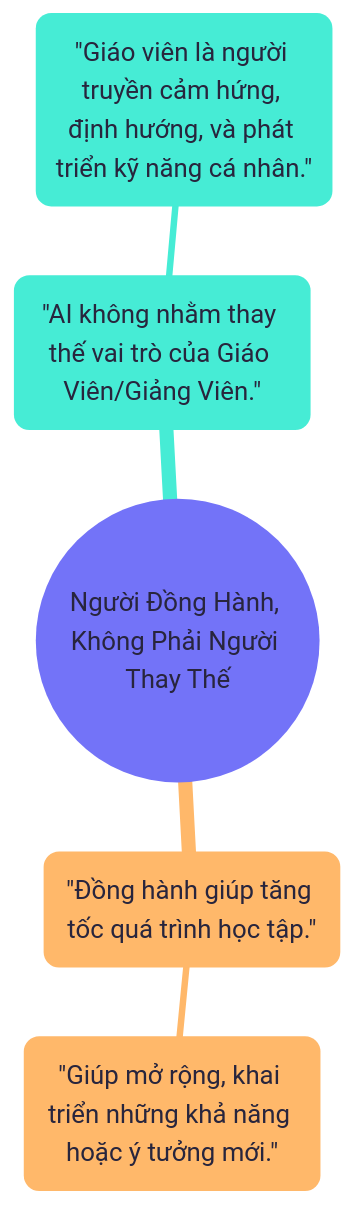
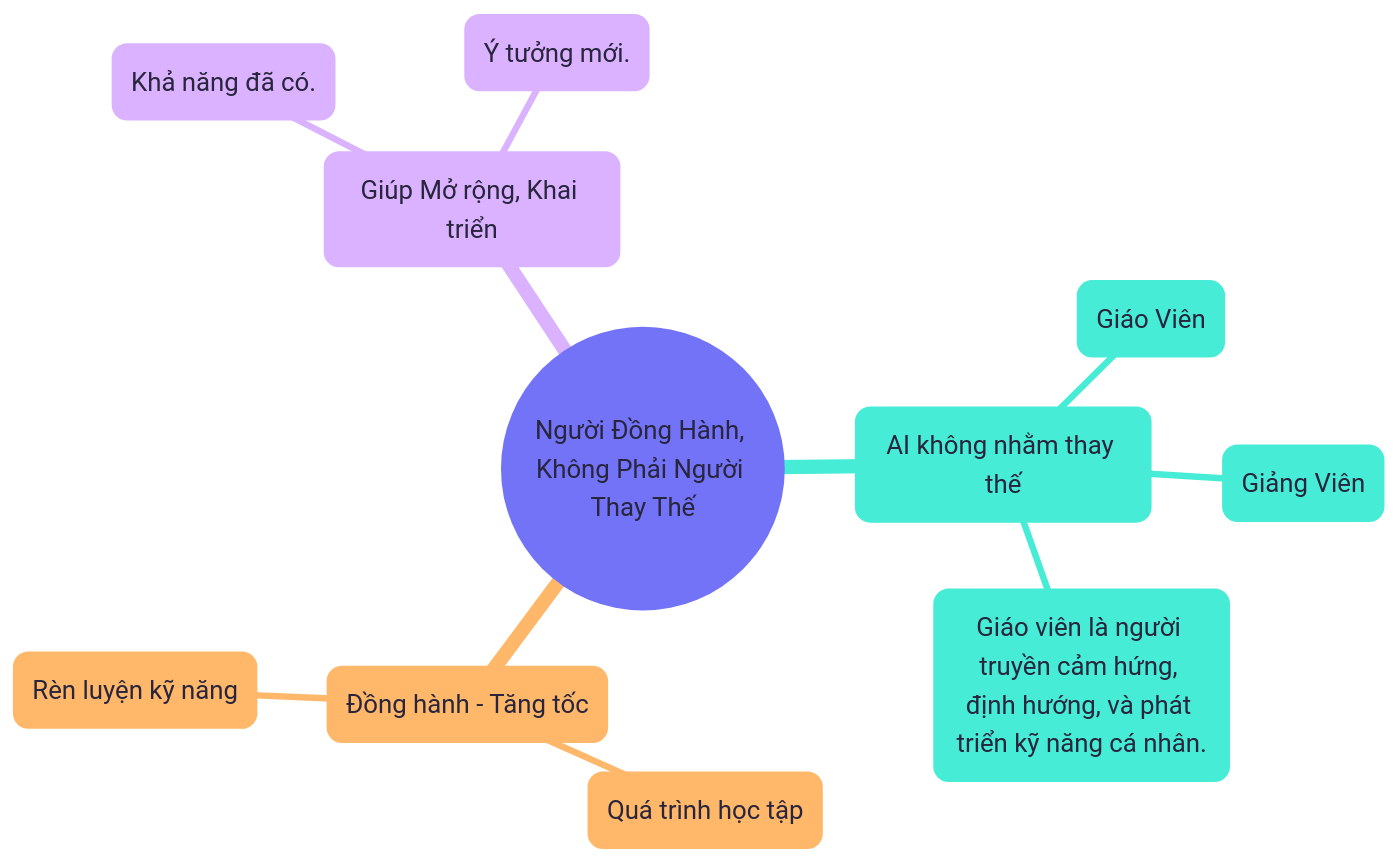
The diagram in content/diagrams/chapter02-nguoi-dong-hanh-khong-phai-nguoi-thay.mmd (sam-uit/typst-report-template), drawn with Mermaid before and after one commit.

```diff
--- a/content/diagrams/chapter02-nguoi-dong-hanh-khong-phai-nguoi-thay.mmd
+++ b/content/diagrams/chapter02-nguoi-dong-hanh-khong-phai-nguoi-thay.mmd
@@ -1,13 +1,19 @@
 ---
 config:
   theme: redux-color
   themeVariables:
     fontFamily: Google Sans
     fontSize: 20px
 ---
 mindmap
   root(("Người Đồng Hành, Không Phải Người Thay Thế"))
-    "AI không nhằm thay thế vai trò của Giáo Viên/Giảng Viên."
-        "Giáo viên là người truyền cảm hứng, định hướng, và phát triển kỹ năng cá nhân."
-    "Đồng hành giúp tăng tốc quá trình học tập."
-        "Giúp mở rộng, khai triển những khả năng hoặc ý tưởng mới."
+    ("AI không nhằm thay thế")
+      (Giáo Viên)
+      (Giảng Viên)
+      Giáo viên là người truyền cảm hứng, định hướng, và phát triển kỹ năng cá nhân.
+    ("Đồng hành - Tăng tốc")
+      Quá trình học tập
+      Rèn luyện kỹ năng
+    (Giúp Mở rộng, Khai triển)
+      Khả năng đã có.
+      Ý tưởng mới.
```
